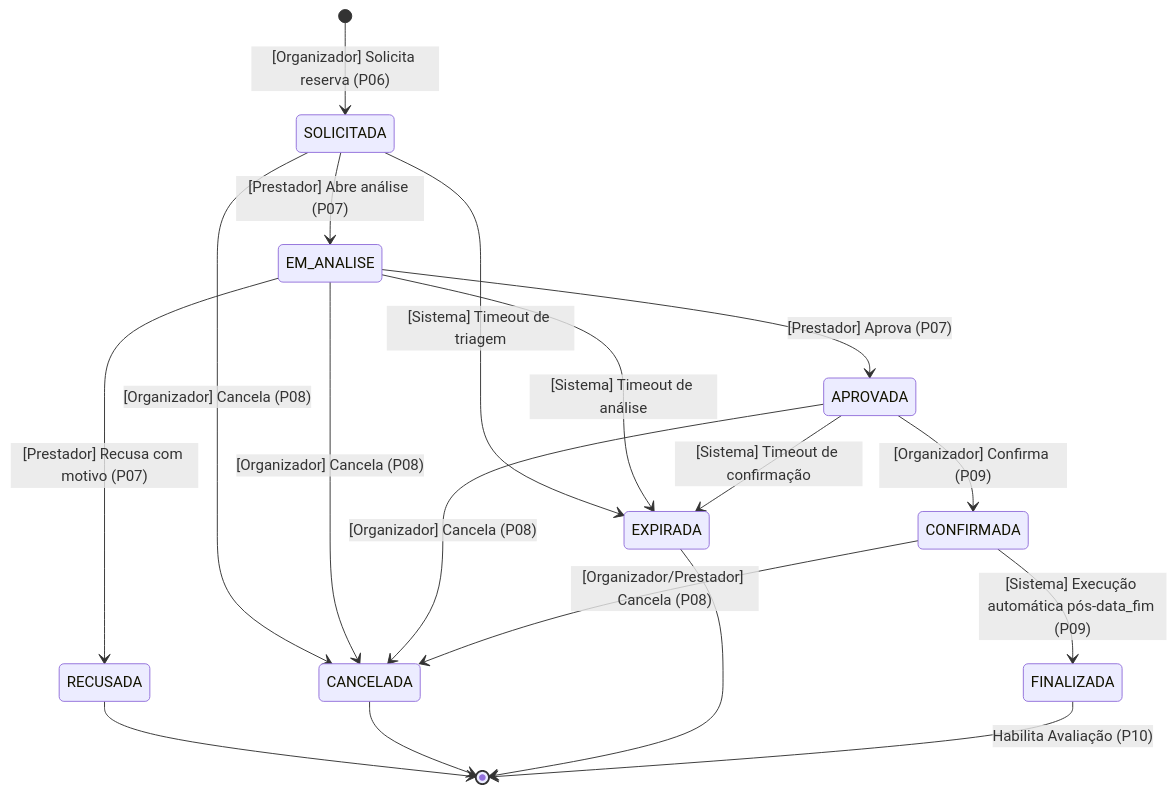
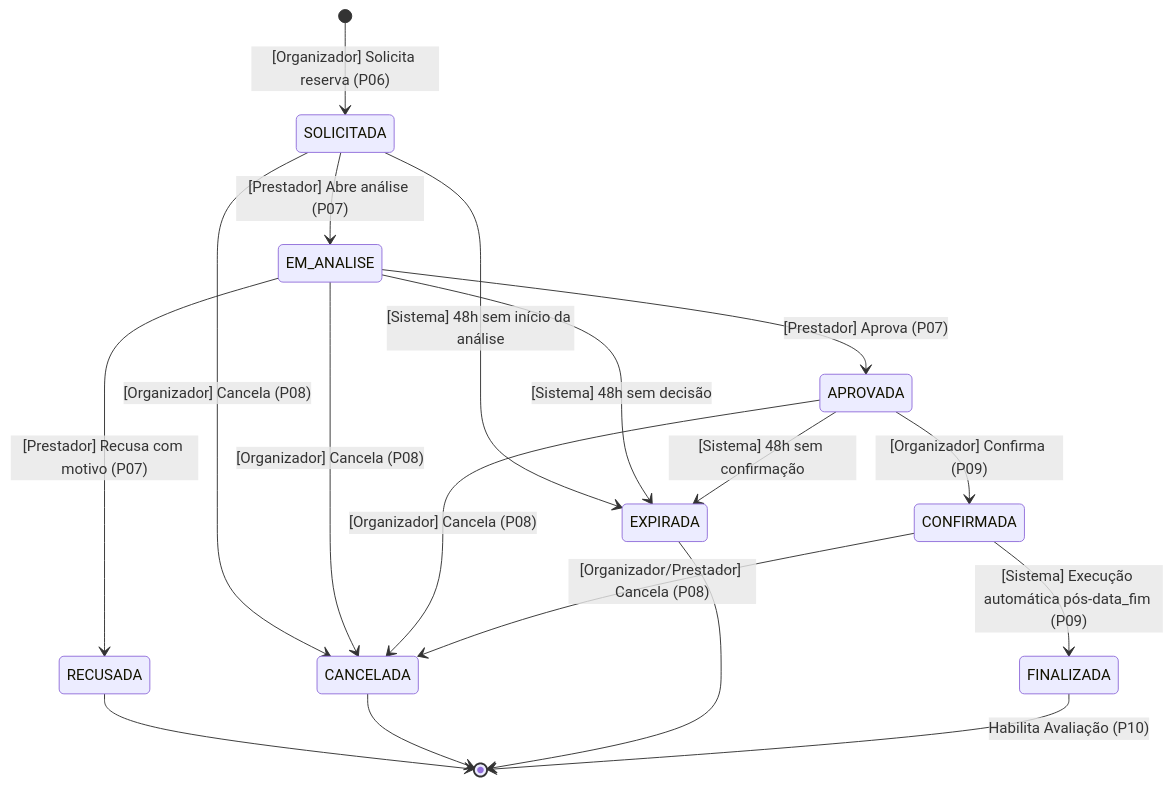
Before and after one commit to dudanegreiro/EventFy: the second of 2 diagrams in docs/PROCESSOS-NEGOCIO.md, drawn with Mermaid. The commit also changed other lines of this file and 9 other files, not shown here.

````diff
--- a/docs/PROCESSOS-NEGOCIO.md
+++ b/docs/PROCESSOS-NEGOCIO.md
@@ -281,25 +283,25 @@
 ```mermaid
 stateDiagram-v2
     [*] --> SOLICITADA : [Organizador] Solicita reserva (P06)
 
     SOLICITADA --> EM_ANALISE : [Prestador] Abre análise (P07)
     SOLICITADA --> CANCELADA : [Organizador] Cancela (P08)
-    SOLICITADA --> EXPIRADA : [Sistema] Timeout de triagem
+    SOLICITADA --> EXPIRADA : [Sistema] 48h sem início da análise
 
     EM_ANALISE --> APROVADA : [Prestador] Aprova (P07)
     EM_ANALISE --> RECUSADA : [Prestador] Recusa com motivo (P07)
     EM_ANALISE --> CANCELADA : [Organizador] Cancela (P08)
-    EM_ANALISE --> EXPIRADA : [Sistema] Timeout de análise
+    EM_ANALISE --> EXPIRADA : [Sistema] 48h sem decisão
 
     APROVADA --> CONFIRMADA : [Organizador] Confirma (P09)
     APROVADA --> CANCELADA : [Organizador] Cancela (P08)
-    APROVADA --> EXPIRADA : [Sistema] Timeout de confirmação
+    APROVADA --> EXPIRADA : [Sistema] 48h sem confirmação
 
     CONFIRMADA --> FINALIZADA : [Sistema] Execução automática pós-data_fim (P09)
     CONFIRMADA --> CANCELADA : [Organizador/Prestador] Cancela (P08)
 
     RECUSADA --> [*]
     CANCELADA --> [*]
     EXPIRADA --> [*]
     FINALIZADA --> [*] : Habilita Avaliação (P10)
 ```
````
